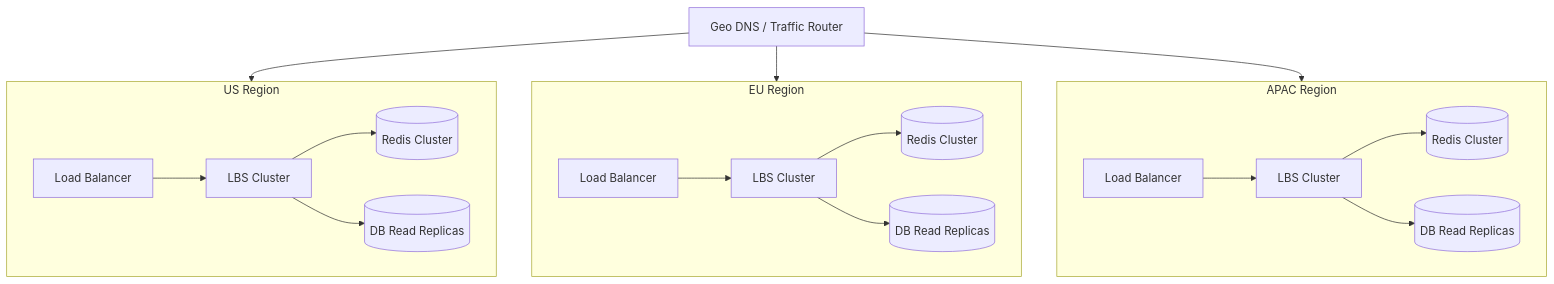
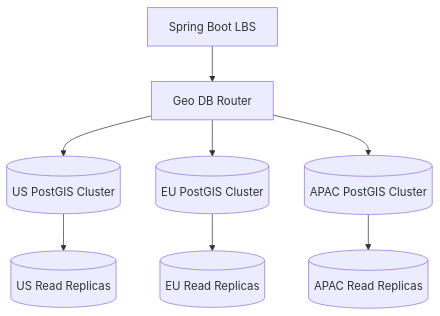
Diagram 13 of 17 in HLD_NOTES/004_INTERVIEW_PROBLEMS/013_proximity_service_visual_notes.md (mthaiseer/springcloud-systemdesign-notes), drawn with Mermaid before and after one commit. The commit also changed other lines of this file and 1 other file, not shown here.

````diff
--- a/HLD_NOTES/004_INTERVIEW_PROBLEMS/013_proximity_service_visual_notes.md
+++ b/HLD_NOTES/004_INTERVIEW_PROBLEMS/013_proximity_service_visual_notes.md
@@ -647,38 +708,11 @@
 ```mermaid
 flowchart TB
-    DNS[Geo DNS / Traffic Router]
+    App[Spring Boot LBS] --> Router[Geo DB Router]
+    Router --> US[(US PostGIS Cluster)]
+    Router --> EU[(EU PostGIS Cluster)]
+    Router --> APAC[(APAC PostGIS Cluster)]
 
-    DNS --> US[US Region]
-    DNS --> EU[EU Region]
-    DNS --> APAC[APAC Region]
-
-    subgraph US[US Region]
-        USLB[Load Balancer]
-        USLBS[LBS Cluster]
-        USRedis[(Redis Cluster)]
-        USDB[(DB Read Replicas)]
-        USLB --> USLBS
-        USLBS --> USRedis
-        USLBS --> USDB
-    end
-
-    subgraph EU[EU Region]
-        EULB[Load Balancer]
-        EULBS[LBS Cluster]
-        EURedis[(Redis Cluster)]
-        EUDB[(DB Read Replicas)]
-        EULB --> EULBS
-        EULBS --> EURedis
-        EULBS --> EUDB
-    end
-
-    subgraph APAC[APAC Region]
-        ALB[Load Balancer]
-        ALBS[LBS Cluster]
-        ARedis[(Redis Cluster)]
-        ADB[(DB Read Replicas)]
-        ALB --> ALBS
-        ALBS --> ARedis
-        ALBS --> ADB
-    end
+    US --> USR[(US Read Replicas)]
+    EU --> EUR[(EU Read Replicas)]
+    APAC --> APACR[(APAC Read Replicas)]
 ```
````
